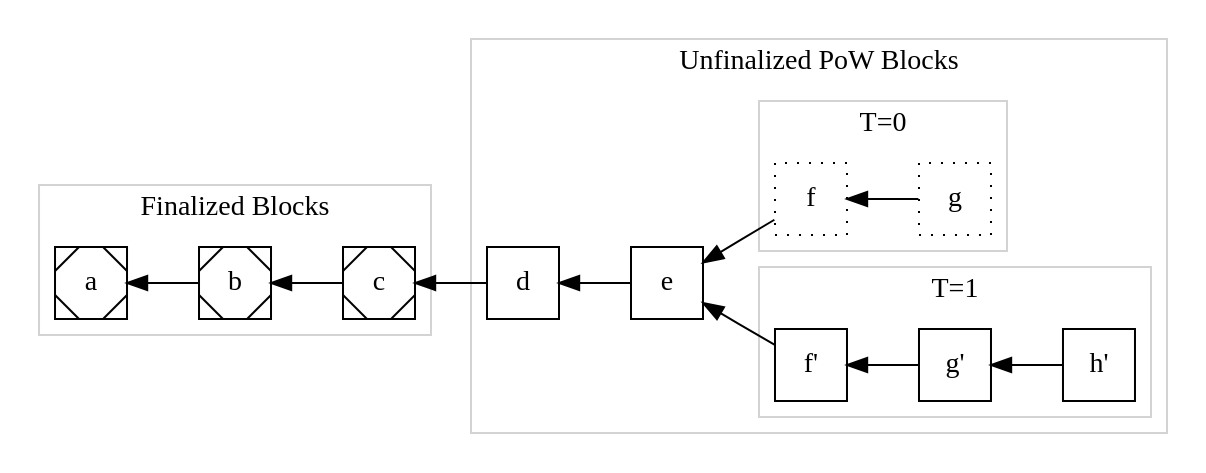
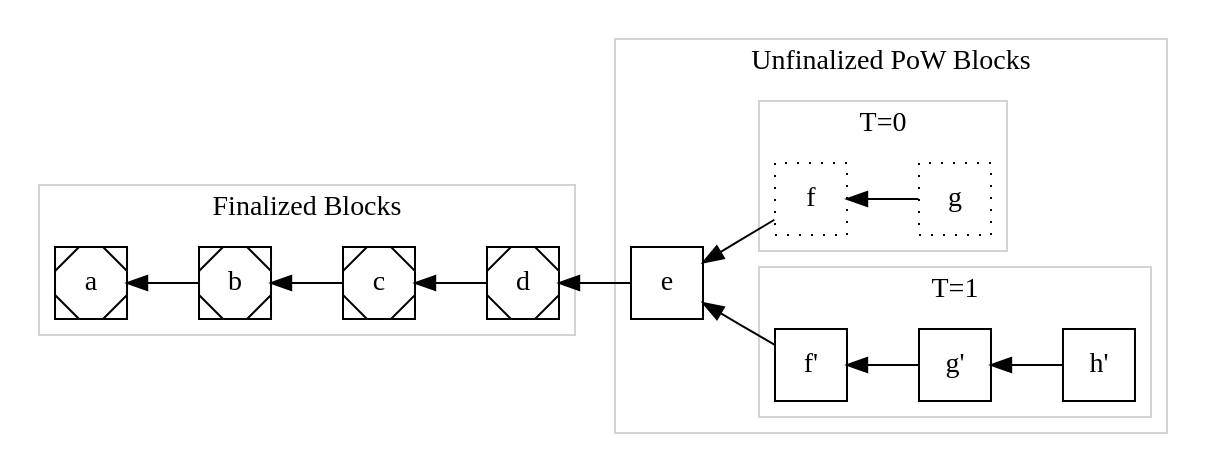
Before and after one commit to Electric-Coin-Company/tfl-book: the diagram in src/diagrams/tf-with-pow-rollback.dot, drawn with Graphviz. The commit also changed 5 other files, not shown here.

Commit message:
Visualizing Trailing Finality: complete first draft with diagrams.

```diff
--- a/src/diagrams/tf-with-pow-rollback.dot
+++ b/src/diagrams/tf-with-pow-rollback.dot
@@ -1,44 +1,44 @@
 digraph BlockHistory {
     rankdir = RL
     color = "lightgrey"
 
     subgraph cluster_pow {
         label = "Unfinalized PoW Blocks"
         node [ shape=square ]
 
 
         subgraph cluster_rollback_branch {
             label = "T=0"
             node [ style = "dotted" ]
 
             g0 [ label = "g"]
             f0 [ label = "f"]
 
             g0 -> f0
         }
 
         subgraph cluster_winning_branch {
             label = "T=1"
             h1 [ label = "h'"]
             g1 [ label = "g'"]
             f1 [ label = "f'"]
 
             h1 -> g1
             g1 -> f1
         }
 
         f0 -> e
         f1 -> e
-        e -> d # unforked PoW suffix
     }
 
 
     subgraph cluster_final {
         label = "Finalized Blocks"
         node [ shape=Msquare ]
 
+        e -> d
         d -> c
         c -> b
         b -> a
     }
 }
```
